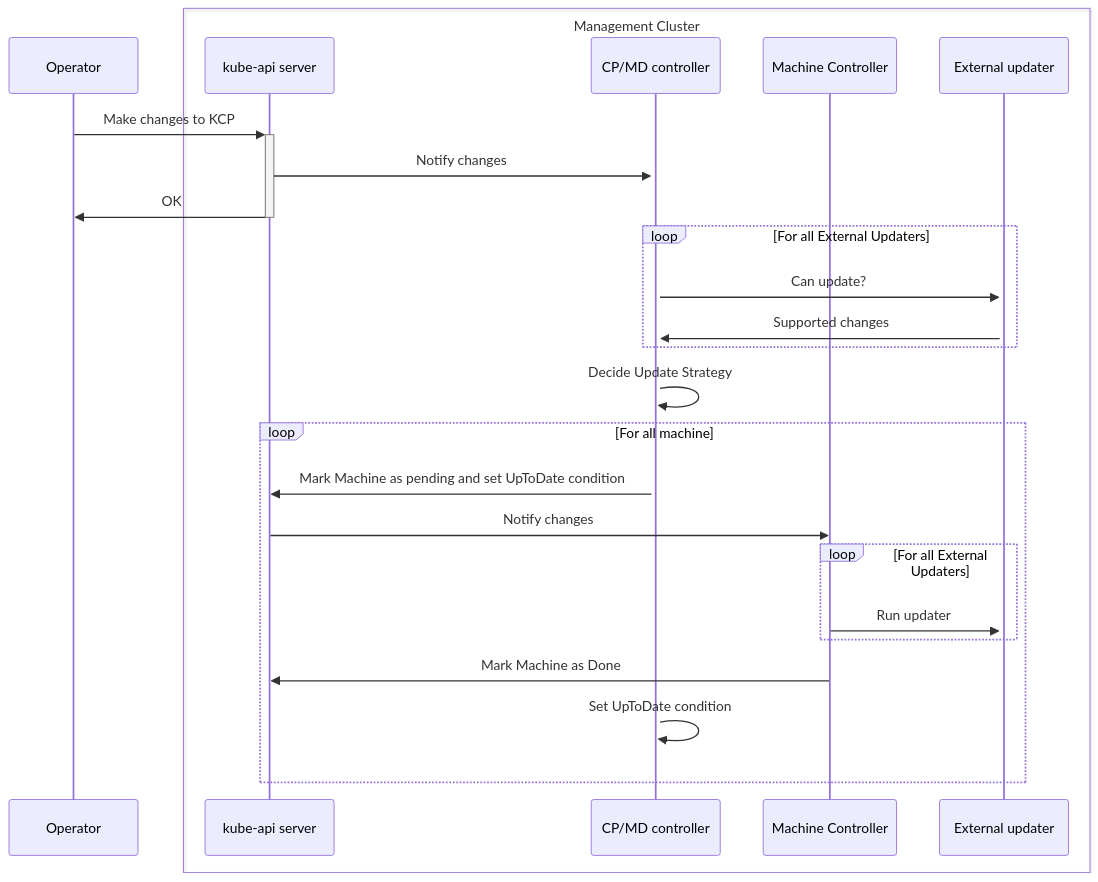
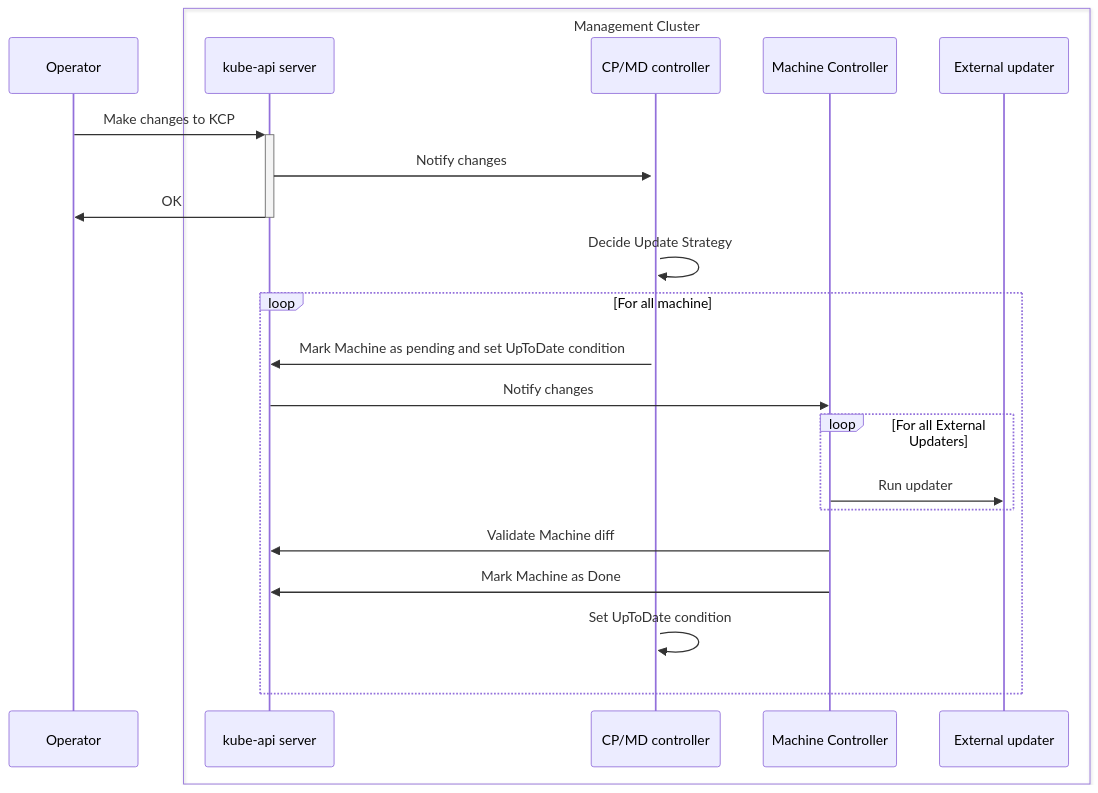
The first of 9 diagrams in docs/proposals/20240807-in-place-updates.md (g-gaston/cluster-api), drawn with Mermaid before and after one commit. The commit also changed other lines of this file, not shown here.

Commit message:
Simplify acceptedChanges and planning flow

````diff
--- a/docs/proposals/20240807-in-place-updates.md
+++ b/docs/proposals/20240807-in-place-updates.md
@@ -198,29 +198,26 @@
 ```mermaid
 sequenceDiagram
     participant Operator
 
     box Management Cluster
         participant apiserver as kube-api server
         participant capi as CP/MD controller
         participant mach as Machine Controller
         participant hook as External updater
     end
 
     Operator->>+apiserver: Make changes to KCP
     apiserver->>+capi: Notify changes
     apiserver->>-Operator: OK
-    loop For all External Updaters
-        capi->>+hook: Can update?
-        hook->>capi: Supported changes
-    end
     capi->>capi: Decide Update Strategy
     loop For all machine
         capi->>apiserver: Mark Machine as pending and set UpToDate condition
         apiserver->>mach: Notify changes
         loop For all External Updaters
             mach->>hook: Run updater
         end
+        mach->>apiserver: Validate Machine diff
         mach->>apiserver: Mark Machine as Done
         capi->>capi: Set UpToDate condition
     end
 ```
````
